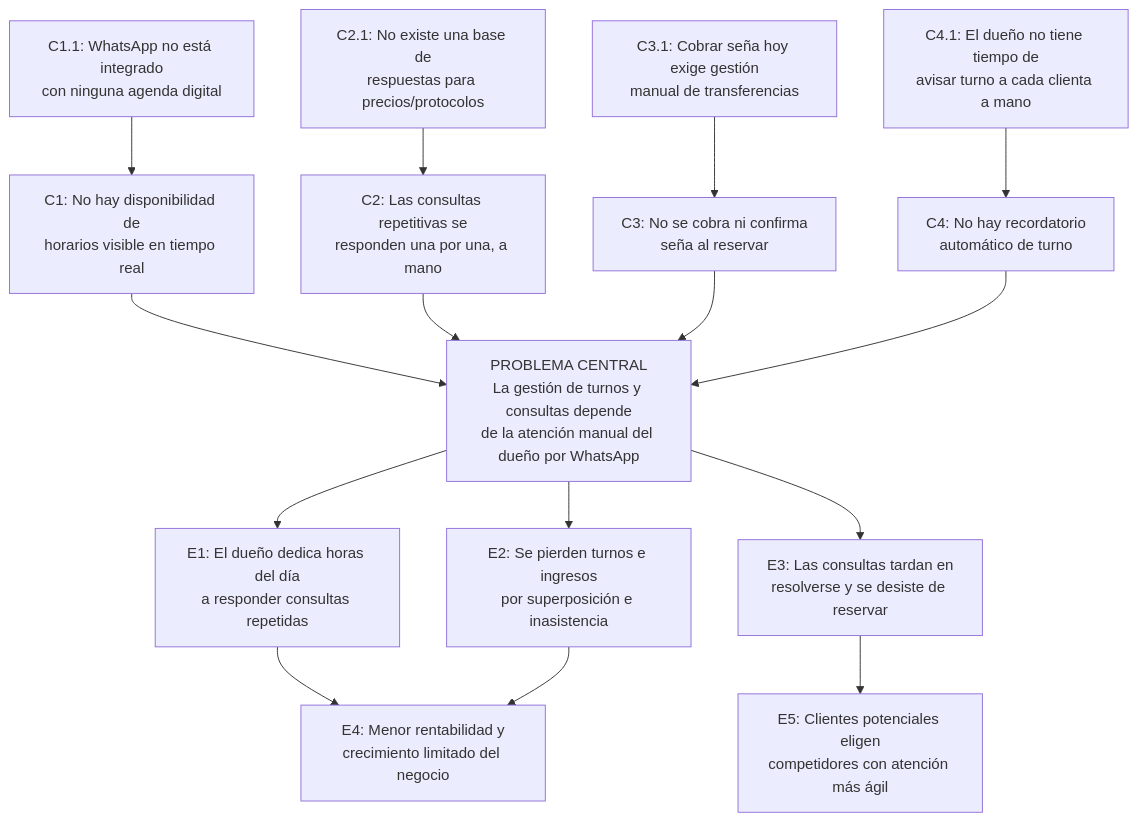
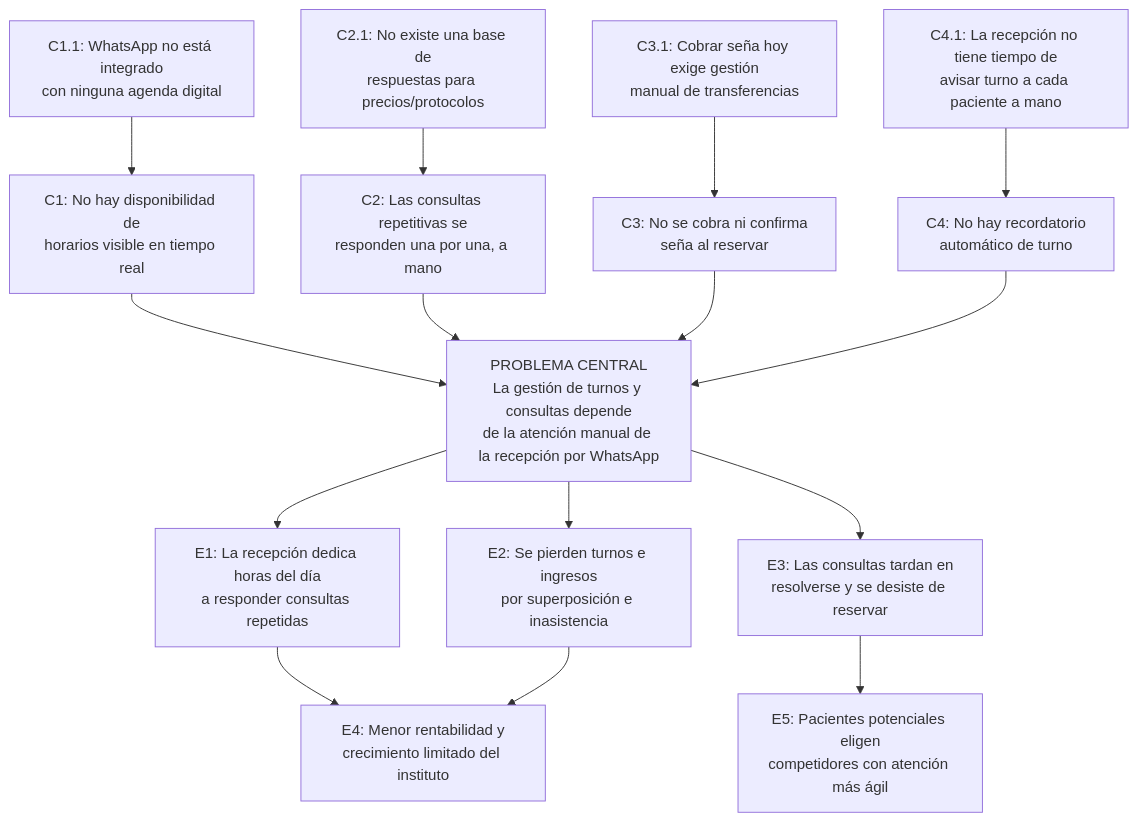
Before and after one commit to sant1jmnz/Proyect-Berea-Clovis-Sanchez: the diagram in docs/01-arbol-de-problemas.md, drawn with Mermaid. The commit also changed other lines of this file and 9 other files, not shown here.

First line of the commit message:
Pivot a Dermalia, Instituto de Estética Médica: recepción, no self-service

````diff
--- a/docs/01-arbol-de-problemas.md
+++ b/docs/01-arbol-de-problemas.md
@@ -41,35 +42,35 @@
 ```mermaid
 flowchart TB
-    E4[E4: Menor rentabilidad y<br/>crecimiento limitado del negocio]
-    E5[E5: Clientes potenciales eligen<br/>competidores con atención más ágil]
-    E1[E1: El dueño dedica horas del día<br/>a responder consultas repetidas]
+    E4[E4: Menor rentabilidad y<br/>crecimiento limitado del instituto]
+    E5[E5: Pacientes potenciales eligen<br/>competidores con atención más ágil]
+    E1[E1: La recepción dedica horas del día<br/>a responder consultas repetidas]
     E2[E2: Se pierden turnos e ingresos<br/>por superposición e inasistencia]
     E3[E3: Las consultas tardan en<br/>resolverse y se desiste de reservar]
 
-    P["PROBLEMA CENTRAL<br/>La gestión de turnos y consultas depende<br/>de la atención manual del dueño por WhatsApp"]
+    P["PROBLEMA CENTRAL<br/>La gestión de turnos y consultas depende<br/>de la atención manual de la recepción por WhatsApp"]
 
     C1[C1: No hay disponibilidad de<br/>horarios visible en tiempo real]
     C2[C2: Las consultas repetitivas se<br/>responden una por una, a mano]
     C3[C3: No se cobra ni confirma<br/>seña al reservar]
     C4[C4: No hay recordatorio<br/>automático de turno]
 
     C1_1[C1.1: WhatsApp no está integrado<br/>con ninguna agenda digital]
     C2_1[C2.1: No existe una base de<br/>respuestas para precios/protocolos]
     C3_1[C3.1: Cobrar seña hoy exige gestión<br/>manual de transferencias]
-    C4_1[C4.1: El dueño no tiene tiempo de<br/>avisar turno a cada clienta a mano]
+    C4_1[C4.1: La recepción no tiene tiempo de<br/>avisar turno a cada paciente a mano]
 
     E1 --> E4
     E2 --> E4
     E3 --> E5
     P --> E1
     P --> E2
     P --> E3
     C1 --> P
     C2 --> P
     C3 --> P
     C4 --> P
     C1_1 --> C1
     C2_1 --> C2
     C3_1 --> C3
     C4_1 --> C4
 ```
````
